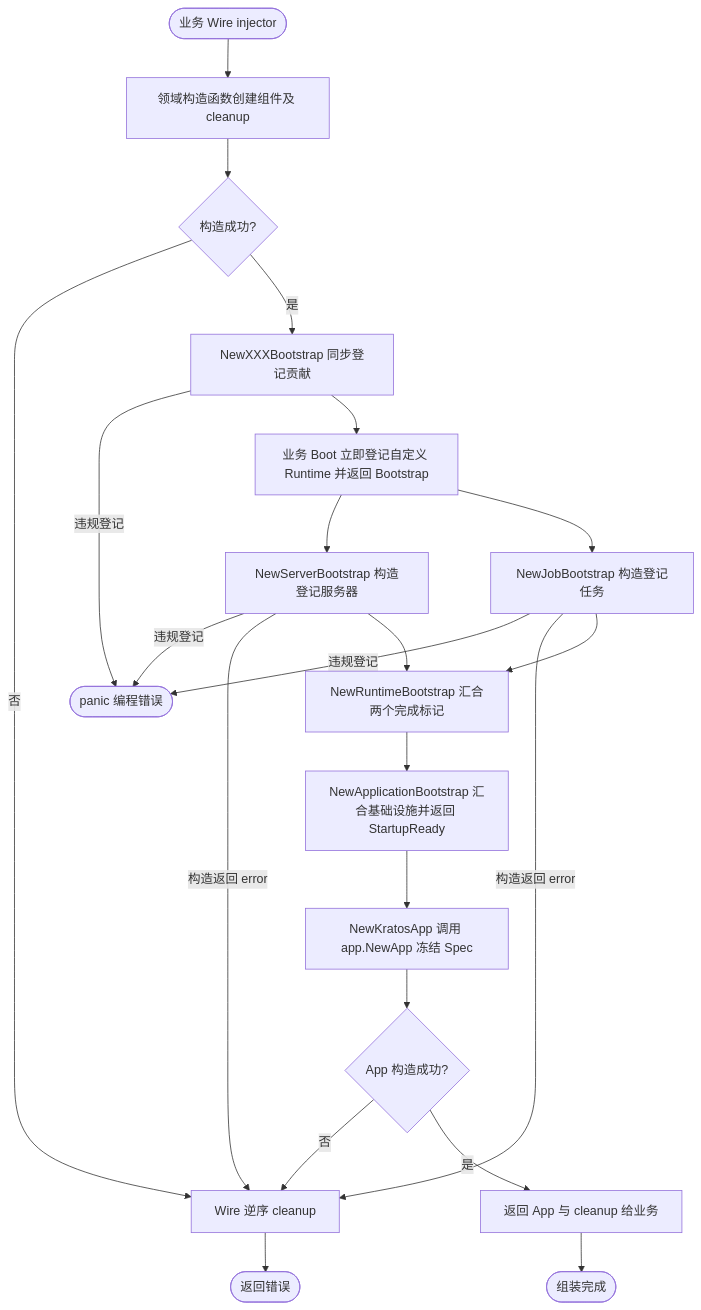
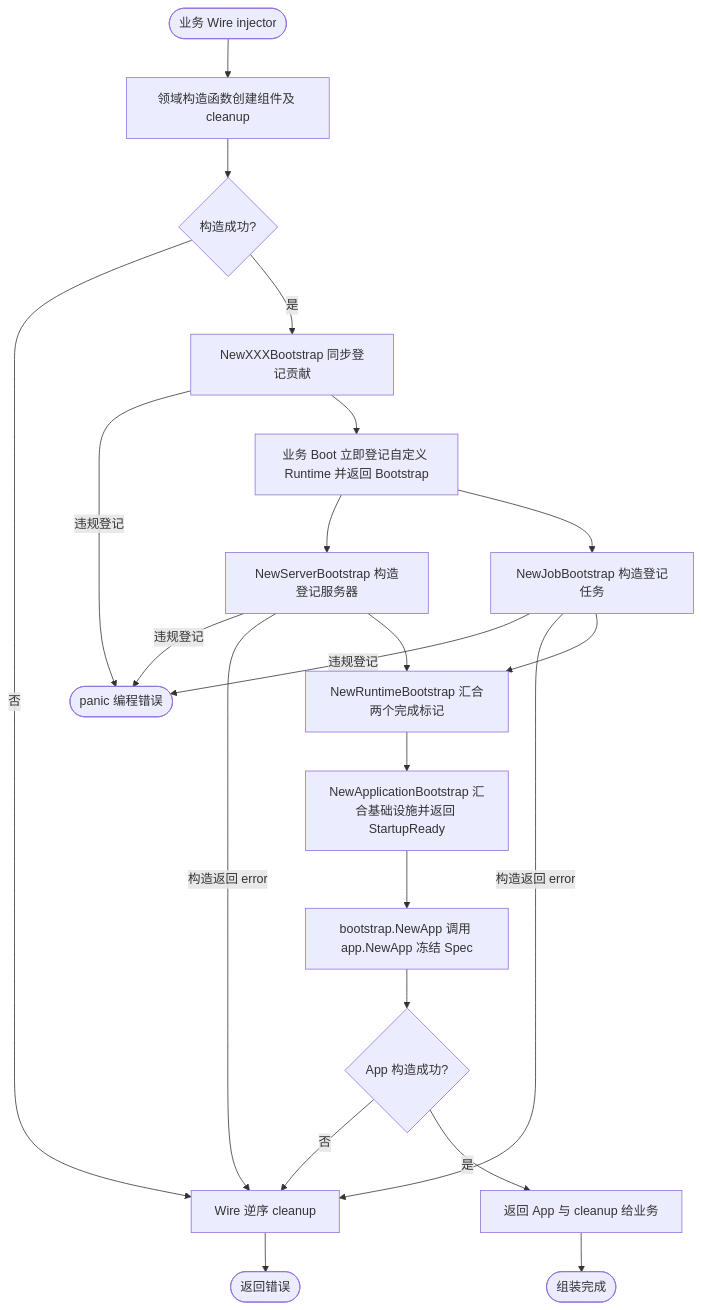
The second of 6 diagrams in pkg/bootstrap/README.md (jaggerzhuang1994/kratos-foundation), drawn with Mermaid before and after one commit. The commit also changed other lines of this file and 31 other files, not shown here.

````diff
--- a/pkg/bootstrap/README.md
+++ b/pkg/bootstrap/README.md
@@ -142,21 +142,21 @@
 ```mermaid
 flowchart TD
     A([业务 Wire injector]) --> B[领域构造函数创建组件及 cleanup]
     B --> C{构造成功?}
     C -- 否 --> X[Wire 逆序 cleanup]
     C -- 是 --> D[NewXXXBootstrap 同步登记贡献]
     D -- 违规登记 --> P([panic 编程错误])
     D --> F[业务 Boot 立即登记自定义 Runtime 并返回 Bootstrap]
     F --> S[NewServerBootstrap 构造登记服务器]
     F --> T[NewJobBootstrap 构造登记任务]
     S & T -- 违规登记 --> P
     S & T -- 构造返回 error --> X
     S & T --> F1[NewRuntimeBootstrap 汇合两个完成标记]
     F1 --> G[NewApplicationBootstrap 汇合基础设施并返回 StartupReady]
-    G --> H[NewKratosApp 调用 app.NewApp 冻结 Spec]
+    G --> H[bootstrap.NewApp 调用 app.NewApp 冻结 Spec]
     H --> I{App 构造成功?}
     I -- 否 --> X
     X --> Y([返回错误])
     I -- 是 --> J[返回 App 与 cleanup 给业务]
     J --> K([组装完成])
 ```
````
